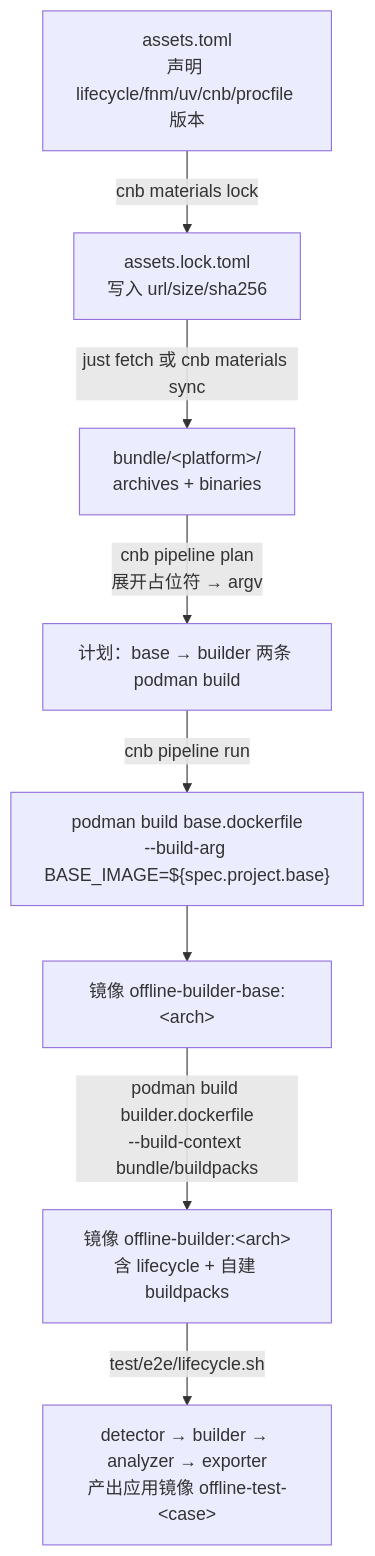
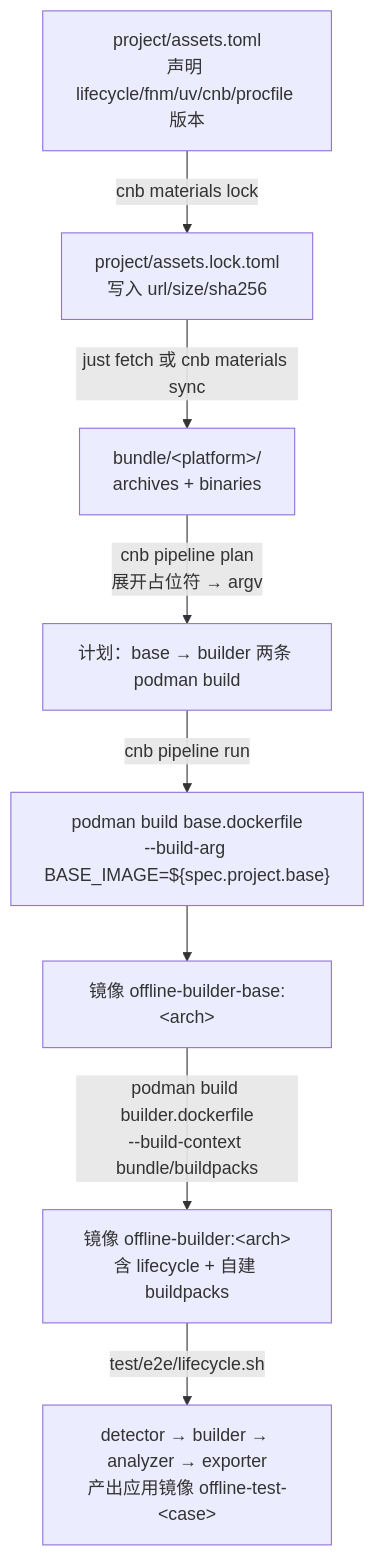
One commit to elizabevil/offline-cnb-paketo changed the first of 2 diagrams in docs/design/architecture.md. Above: the diagram before and after it, drawn with Mermaid. The commit also changed other lines of this file and 41 other files, not shown here.

````diff
--- a/docs/design/architecture.md
+++ b/docs/design/architecture.md
@@ -36,10 +39,10 @@
 ```mermaid
 flowchart TD
-    A["assets.toml<br/>声明 lifecycle/fnm/uv/cnb/procfile 版本"] -->|"cnb materials lock"| B["assets.lock.toml<br/>写入 url/size/sha256"]
+    A["project/assets.toml<br/>声明 lifecycle/fnm/uv/cnb/procfile 版本"] -->|"cnb materials lock"| B["project/assets.lock.toml<br/>写入 url/size/sha256"]
     B -->|"just fetch 或 cnb materials sync"| C["bundle/&lt;platform&gt;/<br/>archives + binaries"]
     C -->|"cnb pipeline plan<br/>展开占位符 → argv"| D["计划：base → builder 两条 podman build"]
     D -->|"cnb pipeline run"| E["podman build base.dockerfile<br/>--build-arg BASE_IMAGE=${spec.project.base}"]
     E --> F["镜像 offline-builder-base:&lt;arch&gt;"]
     F -->|"podman build builder.dockerfile<br/>--build-context bundle/buildpacks"| G["镜像 offline-builder:&lt;arch&gt;<br/>含 lifecycle + 自建 buildpacks"]
     G -->|"test/e2e/lifecycle.sh"| H["detector → builder → analyzer → exporter<br/>产出应用镜像 offline-test-&lt;case&gt;"]
 ```
````
